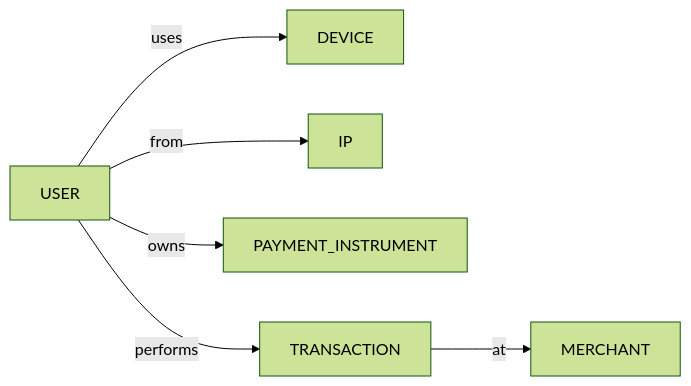
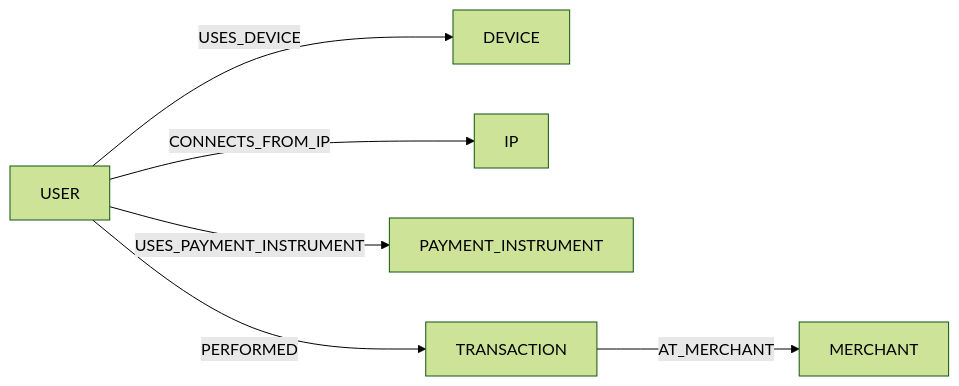
The third of 5 diagrams in docs/architecture/architecture.md (yatinannam/RiskLattice), drawn with Mermaid (forest theme) before and after one commit. The commit also changed other lines of this file and 7 other files, not shown here.

Commit message:
Phase 3: Added graph engine for RiskLattice with campaign detection and evidence extraction

````diff
--- a/docs/architecture/architecture.md
+++ b/docs/architecture/architecture.md
@@ -87,8 +90,8 @@
 ```mermaid
 flowchart LR
-    U["USER"] -->|uses| D["DEVICE"]
-    U -->|from| IP["IP"]
-    U -->|owns| PI["PAYMENT_INSTRUMENT"]
-    U -->|performs| T["TRANSACTION"]
-    T -->|at| M["MERCHANT"]
+    U["USER"] -->|USES_DEVICE| D["DEVICE"]
+    U -->|CONNECTS_FROM_IP| IP["IP"]
+    U -->|USES_PAYMENT_INSTRUMENT| PI["PAYMENT_INSTRUMENT"]
+    U -->|PERFORMED| T["TRANSACTION"]
+    T -->|AT_MERCHANT| M["MERCHANT"]
 ```
````
